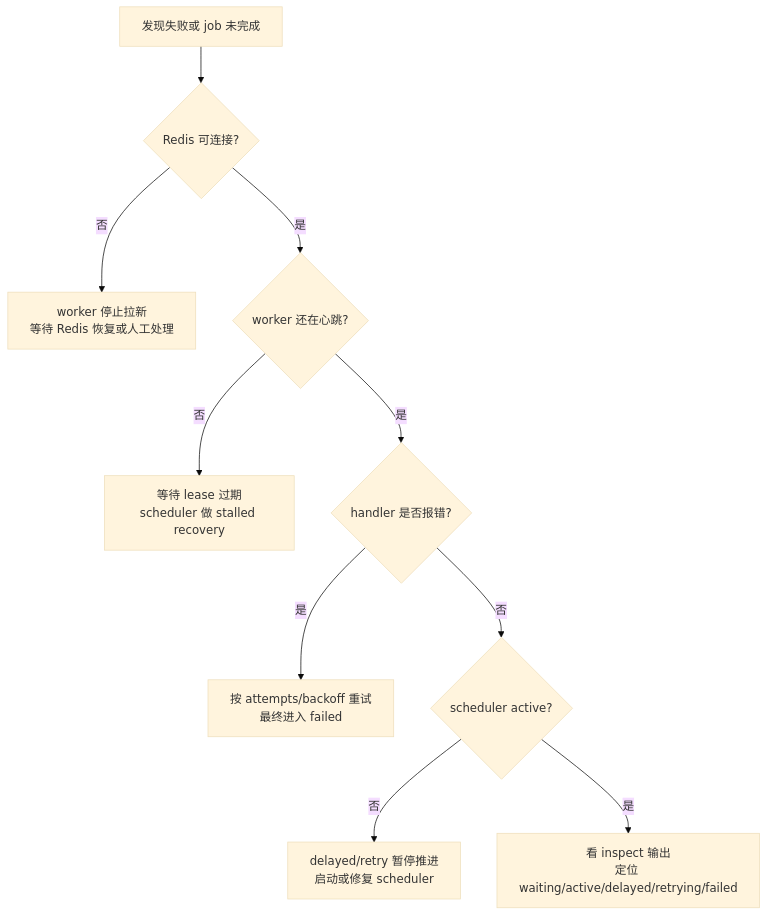
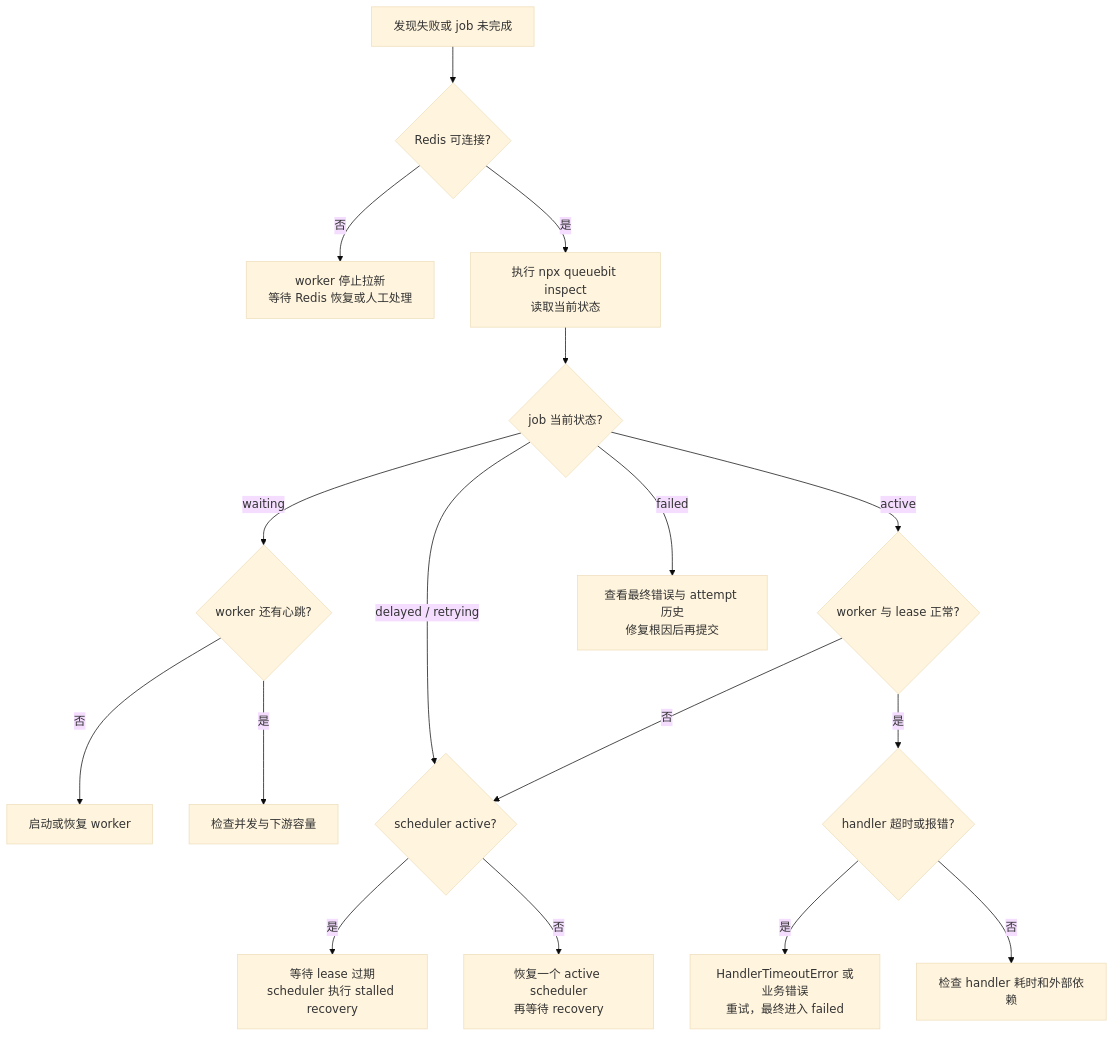
One commit to vextjs/queuebit changed the diagram in docs/zh/failure-modes.md. Above: the diagram before and after it, drawn with Mermaid (base theme). The commit also changed other lines of this file and 169 other files, not shown here.

````diff
--- a/docs/zh/failure-modes.md
+++ b/docs/zh/failure-modes.md
@@ -22,12 +26,19 @@
 ```mermaid
 flowchart TD
   Failure["发现失败或 job 未完成"] --> RedisCheck{"Redis 可连接?"}
   RedisCheck -- "否" --> StopClaim["worker 停止拉新<br/>等待 Redis 恢复或人工处理"]
-  RedisCheck -- "是" --> WorkerCheck{"worker 还在心跳?"}
-  WorkerCheck -- "否" --> Stalled["等待 lease 过期<br/>scheduler 做 stalled recovery"]
-  WorkerCheck -- "是" --> HandlerCheck{"handler 是否报错?"}
-  HandlerCheck -- "是" --> Retry["按 attempts/backoff 重试<br/>最终进入 failed"]
-  HandlerCheck -- "否" --> SchedulerCheck{"scheduler active?"}
-  SchedulerCheck -- "否" --> DelayedStop["delayed/retry 暂停推进<br/>启动或修复 scheduler"]
-  SchedulerCheck -- "是" --> Inspect["看 inspect 输出<br/>定位 waiting/active/delayed/retrying/failed"]
+  RedisCheck -- "是" --> Inspect["执行 npx queuebit inspect<br/>读取当前状态"]
+  Inspect --> State{"job 当前状态?"}
+  State -- "waiting" --> WorkerCheck{"worker 还有心跳?"}
+  WorkerCheck -- "否" --> StartWorker["启动或恢复 worker"]
+  WorkerCheck -- "是" --> Capacity["检查并发与下游容量"]
+  State -- "active" --> LeaseCheck{"worker 与 lease 正常?"}
+  LeaseCheck -- "否" --> SchedulerCheck{"scheduler active?"}
+  SchedulerCheck -- "是" --> Stalled["等待 lease 过期<br/>scheduler 执行 stalled recovery"]
+  SchedulerCheck -- "否" --> RestoreScheduler["恢复一个 active scheduler<br/>再等待 recovery"]
+  LeaseCheck -- "是" --> HandlerCheck{"handler 超时或报错?"}
+  HandlerCheck -- "是" --> Retry["HandlerTimeoutError 或业务错误<br/>重试，最终进入 failed"]
+  HandlerCheck -- "否" --> LongRun["检查 handler 耗时和外部依赖"]
+  State -- "delayed / retrying" --> SchedulerCheck
+  State -- "failed" --> Runbook["查看最终错误与 attempt 历史<br/>修复根因后再提交"]
 ```
````
